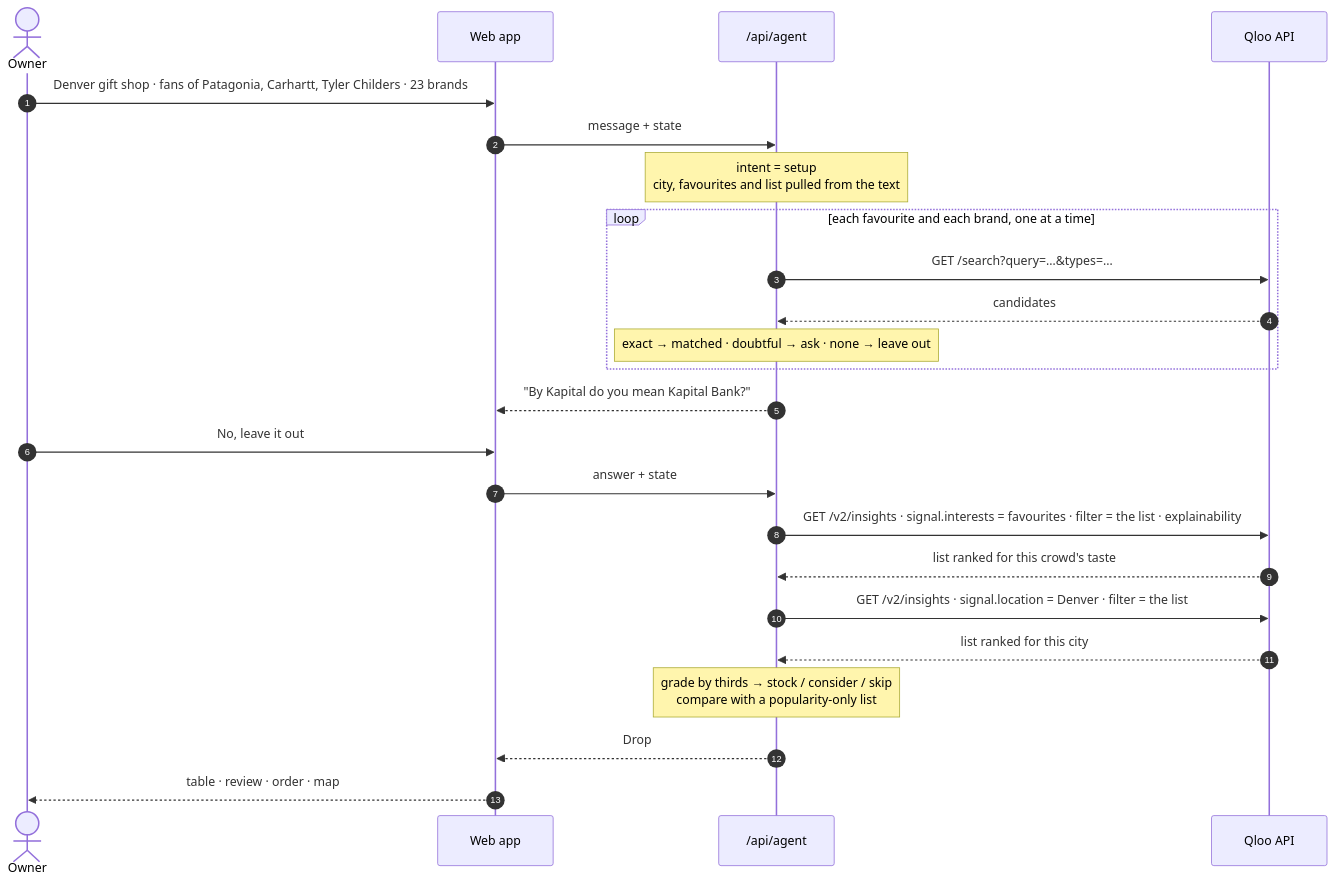
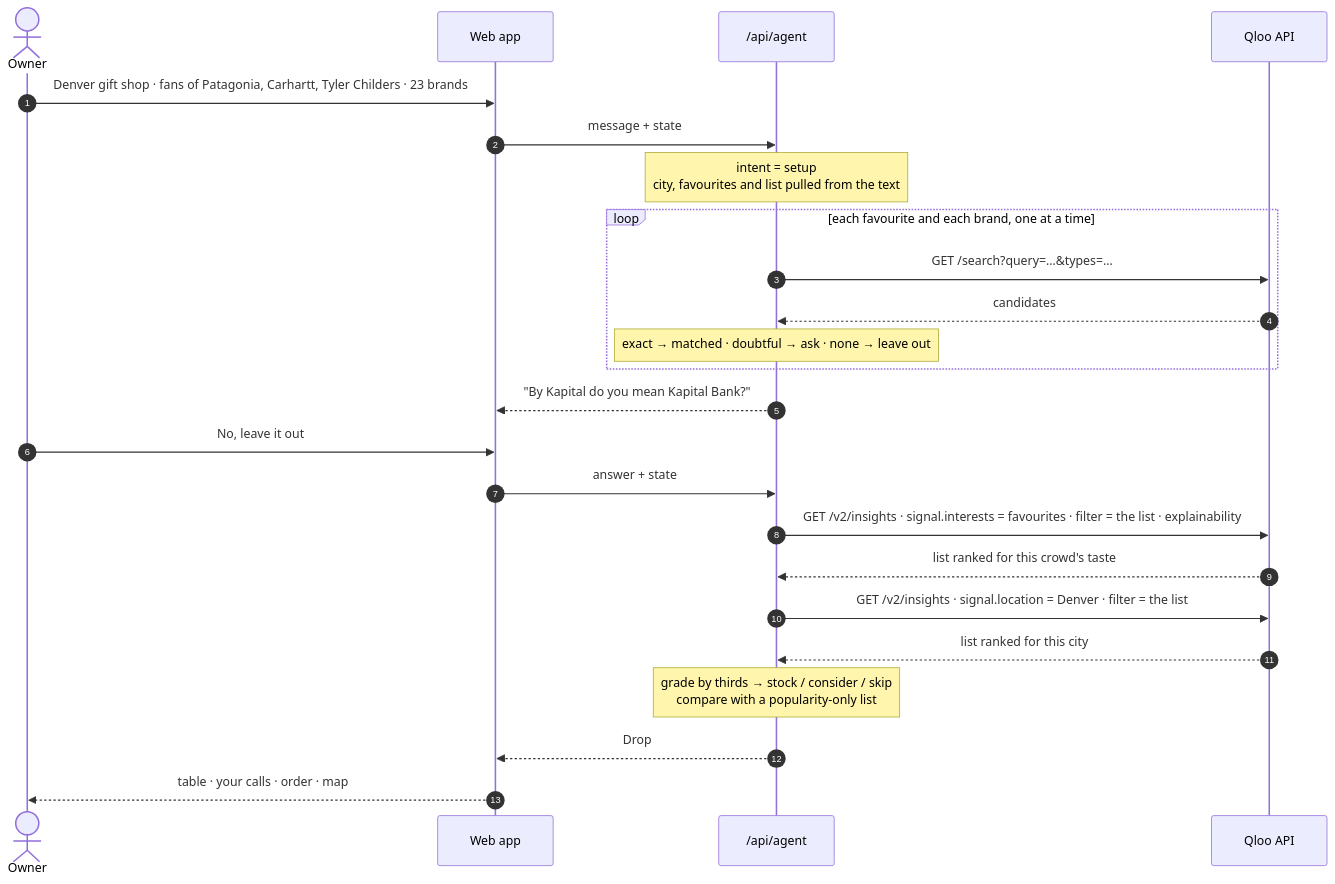
The third of 6 diagrams in README.md (0xvikram/buysheet), drawn with Mermaid before and after one commit. The commit also changed other lines of this file and 11 other files, not shown here.

First line of the commit message:
Remove the Review tab; calls are made in the table

````diff
--- a/README.md
+++ b/README.md
@@ -177,27 +177,27 @@
 ```mermaid
 sequenceDiagram
     autonumber
     actor Owner
     participant App as Web app
     participant Agent as /api/agent
     participant Qloo as Qloo API
 
     Owner->>App: Denver gift shop · fans of Patagonia, Carhartt, Tyler Childers · 23 brands
     App->>Agent: message + state
     Note over Agent: intent = setup<br/>city, favourites and list pulled from the text
     loop each favourite and each brand, one at a time
         Agent->>Qloo: GET /search?query=…&types=…
         Qloo-->>Agent: candidates
         Note over Agent: exact → matched · doubtful → ask · none → leave out
     end
     Agent-->>App: "By Kapital do you mean Kapital Bank?"
     Owner->>App: No, leave it out
     App->>Agent: answer + state
     Agent->>Qloo: GET /v2/insights · signal.interests = favourites · filter = the list · explainability
     Qloo-->>Agent: list ranked for this crowd's taste
     Agent->>Qloo: GET /v2/insights · signal.location = Denver · filter = the list
     Qloo-->>Agent: list ranked for this city
     Note over Agent: grade by thirds → stock / consider / skip<br/>compare with a popularity-only list
     Agent-->>App: Drop #01 + reasons + every Qloo call made
-    App-->>Owner: table · review · order · map
+    App-->>Owner: table · your calls · order · map
 ```
````
